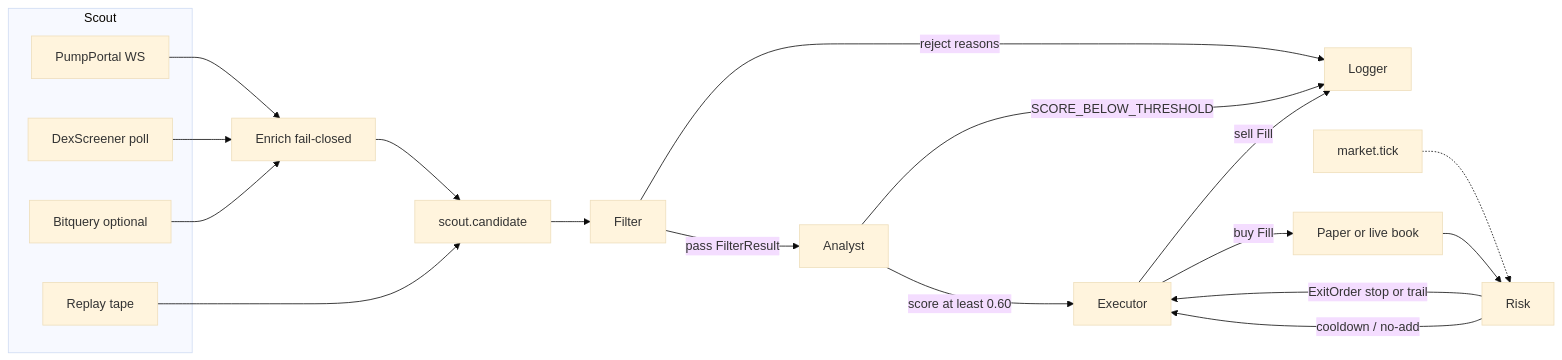
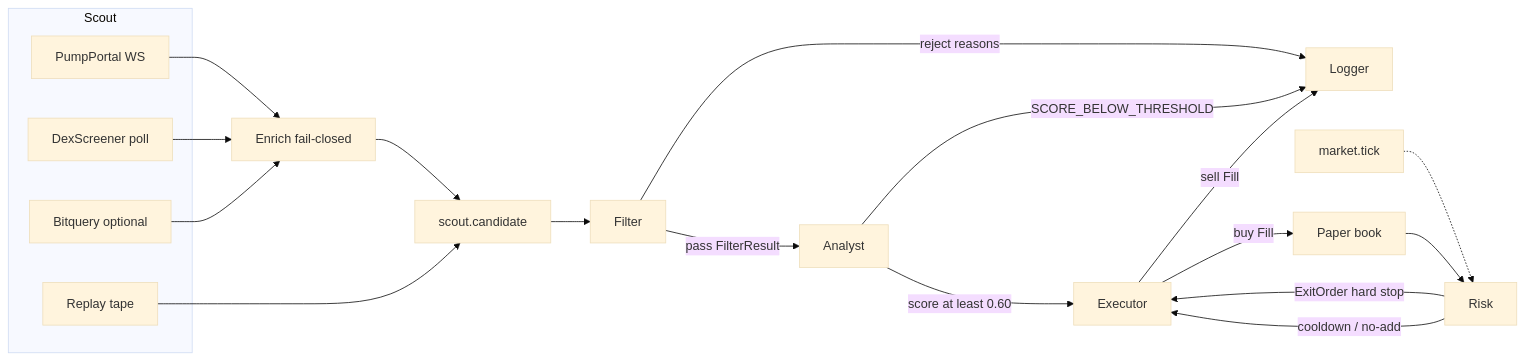
The diagram in README.md (Strobingn/night-desk), drawn with Mermaid (base theme) before and after one commit. The commit also changed other lines of this file and 3 other files, not shown here.

First line of the commit message:
Document v13.12 operations and a commercial roadmap

````diff
--- a/README.md
+++ b/README.md
@@ -115,25 +158,25 @@
 ```mermaid
 flowchart LR
   subgraph discover [Scout]
     Pump[PumpPortal WS]
     Dex[DexScreener poll]
     Bit[Bitquery optional]
     Replay[Replay tape]
   end
   Pump --> Enrich[Enrich fail-closed]
   Dex --> Enrich
   Bit --> Enrich
   Enrich --> Candidate[scout.candidate]
   Replay --> Candidate
   Candidate --> Filter
   Filter -->|pass FilterResult| Analyst
   Filter -->|reject reasons| Logger
   Analyst -->|score at least 0.60| Executor
   Analyst -->|SCORE_BELOW_THRESHOLD| Logger
-  Executor -->|buy Fill| Book[Paper or live book]
+  Executor -->|buy Fill| Book[Paper book]
   Ticks[market.tick] -.-> Risk
   Book --> Risk
-  Risk -->|ExitOrder stop or trail| Executor
+  Risk -->|ExitOrder hard stop| Executor
   Executor -->|sell Fill| Logger
   Risk -->|cooldown / no-add| Executor
 ```
````
